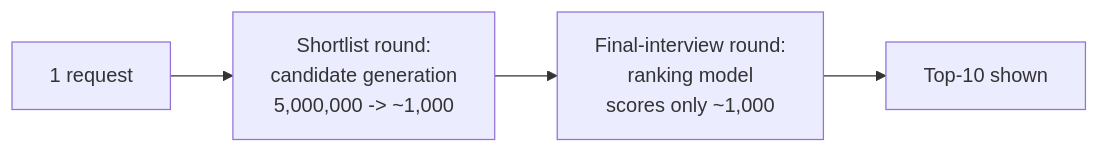
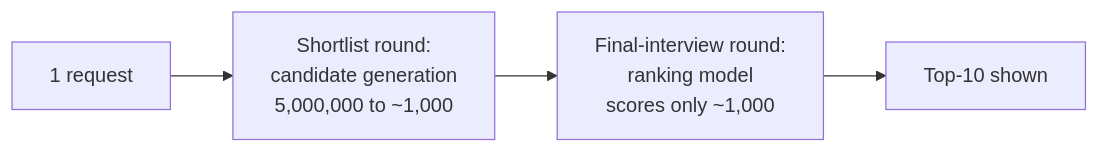
Before and after one commit to riyaz-pasha/Learnings: the fifth of 15 diagrams in system-design/HLD/0-course/59-Design-a-Recommendation-Engine-Netflix-YouTube-FAANG-Guide-story.md, drawn with Mermaid. The commit also changed other lines of this file and 1 other file, not shown here.

Commit message:
[REWRITE] Recommendation Engine story guide: simplify prose, add structure, fix diagrams

````diff
--- a/system-design/HLD/0-course/59-Design-a-Recommendation-Engine-Netflix-YouTube-FAANG-Guide-story.md
+++ b/system-design/HLD/0-course/59-Design-a-Recommendation-Engine-Netflix-YouTube-FAANG-Guide-story.md
@@ -105,6 +264,6 @@
 ```mermaid
 flowchart LR
-    Req2["1 request"] --> Short["Shortlist round:\ncandidate generation\n5,000,000 -> ~1,000"]
-    Short --> Final["Final-interview round:\nranking model\nscores only ~1,000"]
+    Req2["1 request"] --> Short["Shortlist round:<br/>candidate generation<br/>5,000,000 to ~1,000"]
+    Short --> Final["Final-interview round:<br/>ranking model<br/>scores only ~1,000"]
     Final --> Top["Top-10 shown"]
 ```
````
